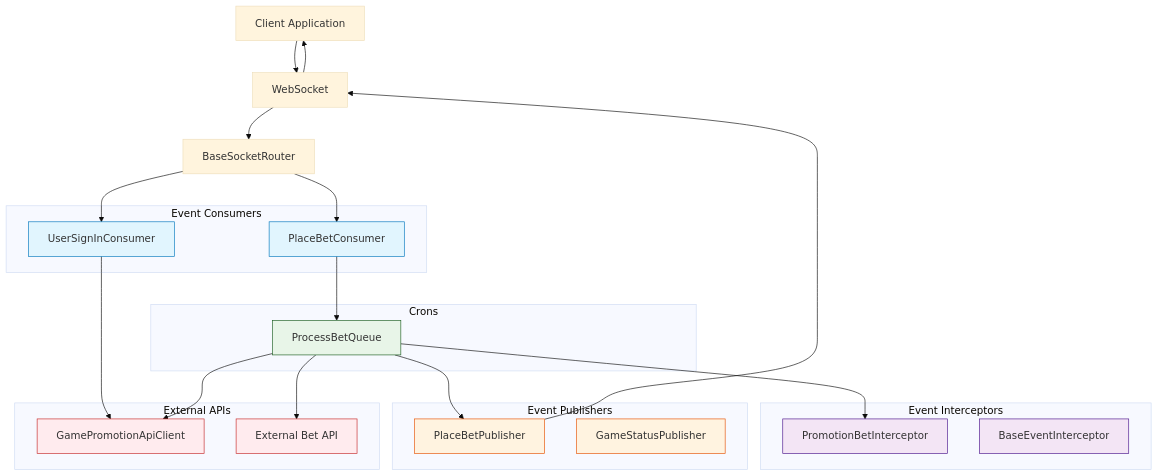
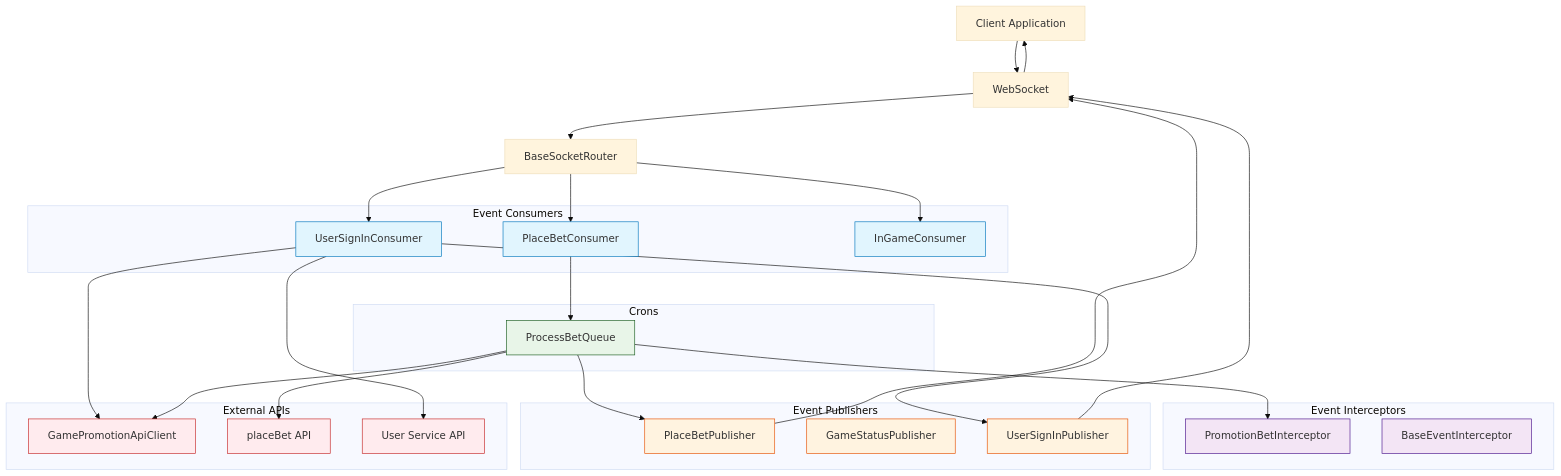
Before and after one commit to starixvn/l1_sc-packages_sc-game-base: the first of 7 diagrams in diagrams/place-bet-flow-diagram.md, drawn with Mermaid (base theme). The commit also changed other lines of this file and 2 other files, not shown here.

````diff
--- a/diagrams/place-bet-flow-diagram.md
+++ b/diagrams/place-bet-flow-diagram.md
@@ -9,52 +9,59 @@
 ```mermaid
 flowchart TB
     Client["Client Application"] --> Socket["WebSocket"]
     Socket --> Routers["BaseSocketRouter"]
 
     subgraph "Event Consumers"
         UserSignIn["UserSignInConsumer"]
         PlaceBet["PlaceBetConsumer"]
+        InGame["InGameConsumer"]
     end
 
     subgraph "Event Interceptors"
         PromotionInterceptor["PromotionBetInterceptor"]
         BaseInterceptor["BaseEventInterceptor"]
     end
 
     subgraph "Crons"
         ProcessQueue["ProcessBetQueue"]
     end
 
     subgraph "Event Publishers"
         PlaceBetPub["PlaceBetPublisher"]
         StatusPub["GameStatusPublisher"]
+        UserSignInPub["UserSignInPublisher"]
     end
 
     subgraph "External APIs"
         PromotionAPI["GamePromotionApiClient"]
-        BetAPI["External Bet API"]
+        BetAPI["placeBet API"]
+        UserAPI["User Service API"]
     end
 
     Routers --> UserSignIn
     Routers --> PlaceBet
+    Routers --> InGame
     UserSignIn --> PromotionAPI
+    UserSignIn --> UserAPI
     PlaceBet --> ProcessQueue
     ProcessQueue --> PromotionInterceptor
     ProcessQueue --> PromotionAPI
     ProcessQueue --> BetAPI
     ProcessQueue --> PlaceBetPub
     PlaceBetPub --> Socket
+    UserSignIn --> UserSignInPub
+    UserSignInPub --> Socket
     Socket --> Client
 
     classDef consumerStyle fill:#e1f5fe,stroke:#0277bd
     classDef interceptorStyle fill:#f3e5f5,stroke:#4a148c
     classDef cronStyle fill:#e8f5e8,stroke:#1b5e20
     classDef publisherStyle fill:#fff3e0,stroke:#e65100
     classDef apiStyle fill:#ffebee,stroke:#c62828
 
-    class UserSignIn,PlaceBet consumerStyle
+    class UserSignIn,PlaceBet,InGame consumerStyle
     class PromotionInterceptor,BaseInterceptor interceptorStyle
     class ProcessQueue cronStyle
-    class PlaceBetPub,StatusPub publisherStyle
-    class PromotionAPI,BetAPI apiStyle
+    class PlaceBetPub,StatusPub,UserSignInPub publisherStyle
+    class PromotionAPI,BetAPI,UserAPI apiStyle
 ```
````
